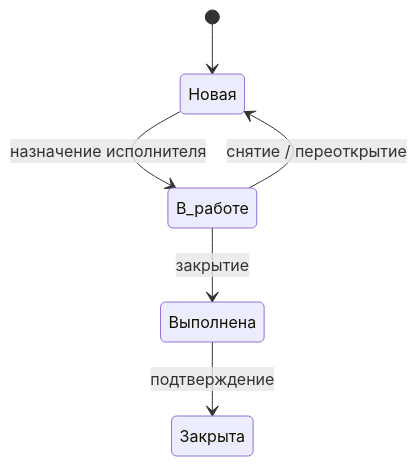
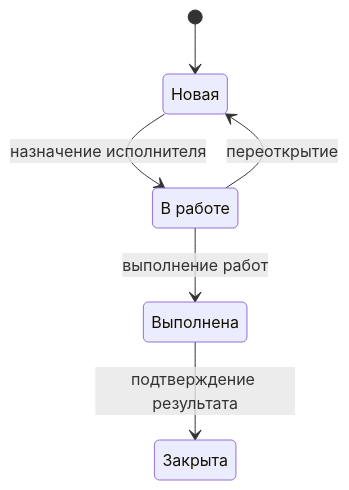
The third of 5 diagrams in docs/vkr/Раздел_1_Анализ_проблемы_и_требования.md (rrevva1/IAS_VNIIC), drawn with Mermaid before and after one commit. The commit also changed other lines of this file and 95 other files, not shown here.

````diff
--- a/docs/vkr/Раздел_1_Анализ_проблемы_и_требования.md
+++ b/docs/vkr/Раздел_1_Анализ_проблемы_и_требования.md
@@ -261,8 +301,12 @@
 ```mermaid
 stateDiagram-v2
-  [*] --> Новая
-  Новая --> В_работе: назначение исполнителя
-  В_работе --> Выполнена: закрытие
-  Выполнена --> Закрыта: подтверждение
-  В_работе --> Новая: снятие / переоткрытие
+  [*] --> NewTask
+  NewTask: Новая
+  InWork: В работе
+  DoneTask: Выполнена
+  ClosedTask: Закрыта
+  NewTask --> InWork: назначение исполнителя
+  InWork --> DoneTask: выполнение работ
+  DoneTask --> ClosedTask: подтверждение результата
+  InWork --> NewTask: переоткрытие
 ```
````
